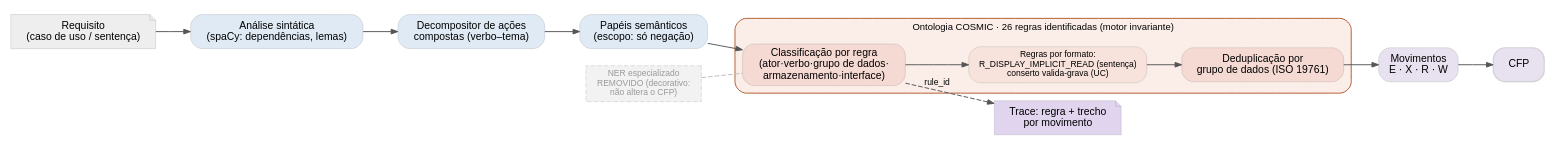
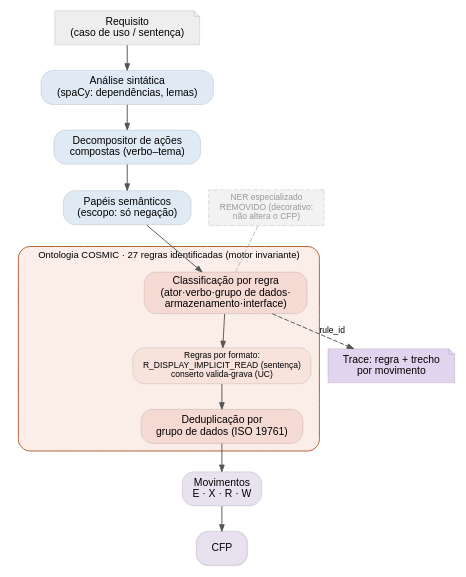
The diagram in scripts/figures/diagrams/d2_via_simbolica_e33d.dot (NathanaelCarauna/cosmic-hybrid-xai), drawn with Graphviz before and after one commit. The commit also changed 103 other files, not shown here.

```diff
--- a/scripts/figures/diagrams/d2_via_simbolica_e33d.dot
+++ b/scripts/figures/diagrams/d2_via_simbolica_e33d.dot
@@ -1,33 +1,33 @@
 // D2 — Via simbólica E33d (pipeline detalhado). Sem NER (removido: decorativo).
 digraph e33d {
-  rankdir=LR;
+  rankdir=TB;
   fontname="Helvetica";
   node [fontname="Helvetica", fontsize=11, shape=box, style="rounded,filled", color="#33333322"];
   edge [fontname="Helvetica", fontsize=9, color="#555555", arrowsize=0.7];
-  nodesep=0.25; ranksep=0.5;
+  nodesep=0.25; ranksep=0.35;
 
   uc [label="Requisito\n(caso de uso / sentença)", fillcolor="#eeeeee", shape=note];
   parse [label="Análise sintática\n(spaCy: dependências, lemas)", fillcolor="#dfeaf5"];
   decomp [label="Decompositor de ações\ncompostas (verbo–tema)", fillcolor="#dfeaf5"];
   srl [label="Papéis semânticos\n(escopo: só negação)", fillcolor="#dfeaf5"];
 
   subgraph cluster_onto {
-    label="Ontologia COSMIC · 26 regras identificadas (motor invariante)";
+    label="Ontologia COSMIC · 27 regras identificadas (motor invariante)";
     fontname="Helvetica"; fontsize=10; color="#b05a2a"; style="rounded"; bgcolor="#fbeee9";
     classif [label="Classificação por regra\n(ator·verbo·grupo de dados·\narmazenamento·interface)", fillcolor="#f5d9d3"];
     perfmt [label="Regras por formato:\nR_DISPLAY_IMPLICIT_READ (sentença)\nconserto valida-grava (UC)", fillcolor="#f7e3dc", fontsize=9];
     dedup [label="Deduplicação por\ngrupo de dados (ISO 19761)", fillcolor="#f5d9d3"];
   }
 
   mov [label="Movimentos\nE · X · R · W", fillcolor="#e8e2f0"];
   cfp [label="CFP", fillcolor="#e8e2f0", penwidth=1.4];
   trace [label="Trace: regra + trecho\npor movimento", fillcolor="#e1d4ef", shape=note];
 
   uc -> parse -> decomp -> srl -> classif;
   classif -> perfmt -> dedup;
   dedup -> mov -> cfp;
   classif -> trace [style=dashed, label="rule_id"];
 
   noner [label="NER especializado\nREMOVIDO (decorativo:\nnão altera o CFP)", shape=box, style="dashed,filled", fillcolor="#f2f2f2", fontcolor="#999999", fontsize=9];
   noner -> classif [style=dashed, color="#bbbbbb", arrowhead=none];
 }
```
